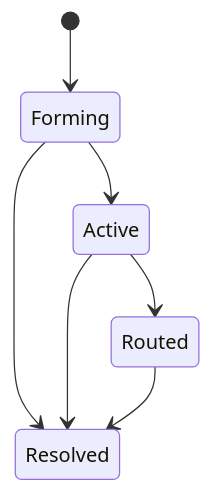
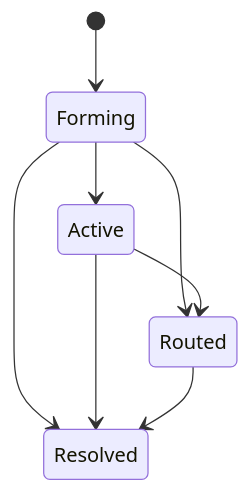
Before and after one commit to nhat-tranvan/docs: the diagram in guide/pulse/clusters.mdx, drawn with Mermaid. The commit also changed other lines of this file and 34 other files, not shown here.

````diff
--- a/guide/pulse/clusters.mdx
+++ b/guide/pulse/clusters.mdx
@@ -11,9 +11,10 @@
 ```mermaid
 stateDiagram-v2
     [*] --> Forming
     Forming --> Active
+    Forming --> Routed
     Active --> Routed
     Forming --> Resolved
     Active --> Resolved
     Routed --> Resolved
 ```
````
